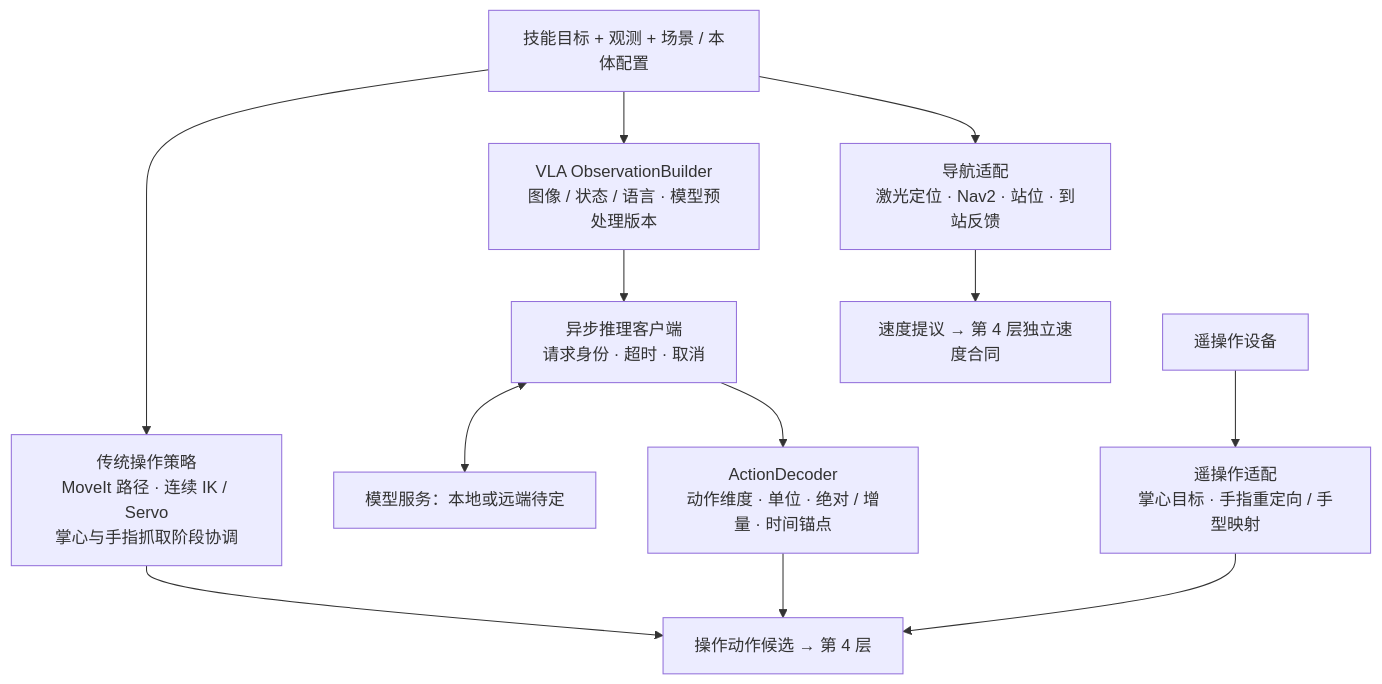
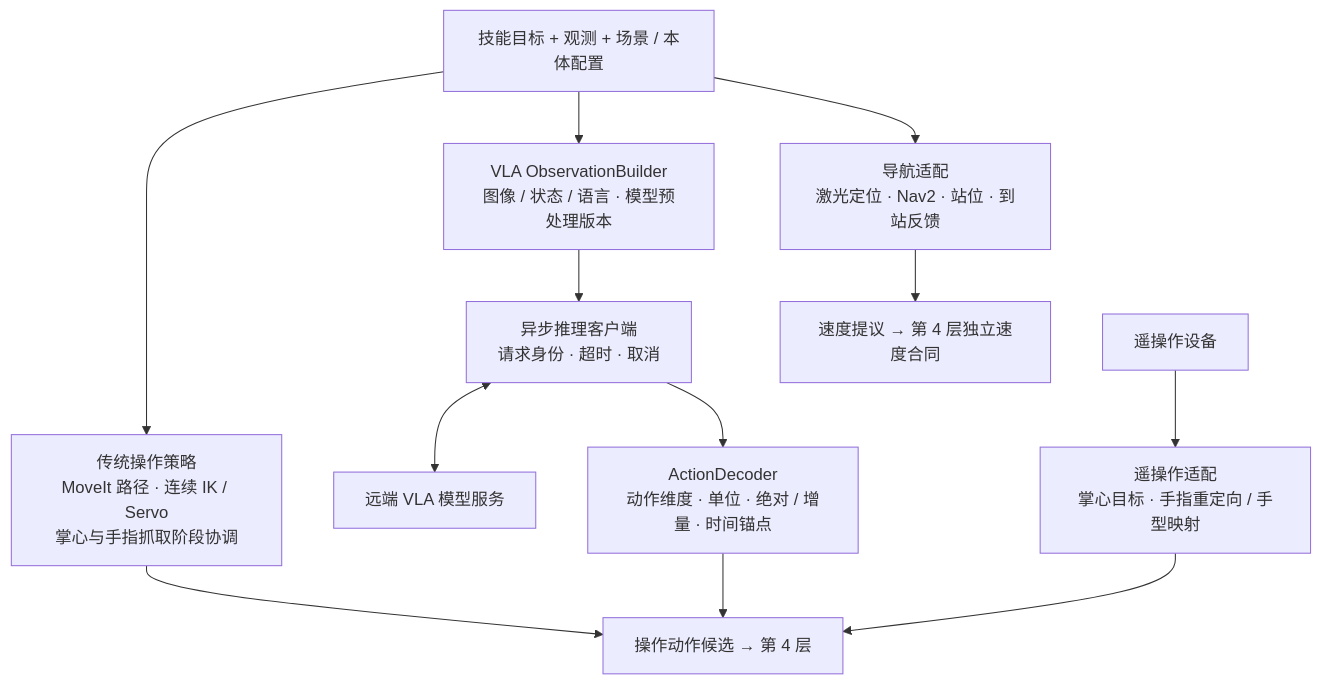
The sixth of 10 diagrams in 系统架构图.md (WXB1870/bindu), drawn with Mermaid before and after one commit. The commit also changed other lines of this file and 8 other files, not shown here.

````diff
--- a/系统架构图.md
+++ b/系统架构图.md
@@ -249,14 +249,14 @@
 ```mermaid
 flowchart TB
     GOAL[技能目标 + 观测 + 场景 / 本体配置] --> NAV[导航适配<br/>激光定位 · Nav2 · 站位 · 到站反馈]
     GOAL --> PLAN[传统操作策略<br/>MoveIt 路径 · 连续 IK / Servo<br/>掌心与手指抓取阶段协调]
     GOAL --> BUILD[VLA ObservationBuilder<br/>图像 / 状态 / 语言 · 模型预处理版本]
     BUILD --> CLIENT[异步推理客户端<br/>请求身份 · 超时 · 取消]
-    CLIENT <--> SERVER[模型服务：本地或远端待定]
+    CLIENT <--> SERVER[远端 VLA 模型服务]
     CLIENT --> DECODE[ActionDecoder<br/>动作维度 · 单位 · 绝对 / 增量 · 时间锚点]
     HUMAN[遥操作设备] --> TELE[遥操作适配<br/>掌心目标 · 手指重定向 / 手型映射]
     PLAN --> ACTION[操作动作候选 → 第 4 层]
     DECODE --> ACTION
     TELE --> ACTION
     NAV --> BASE[速度提议 → 第 4 层独立速度合同]
 ```
````
